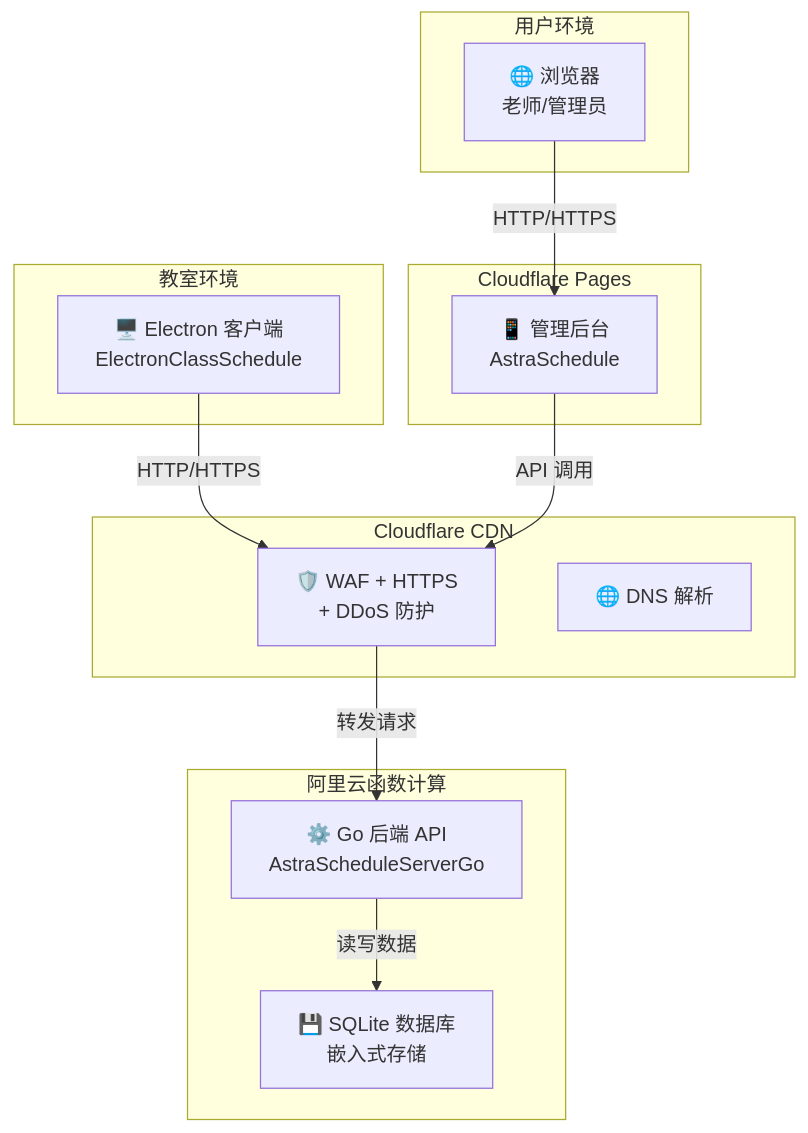
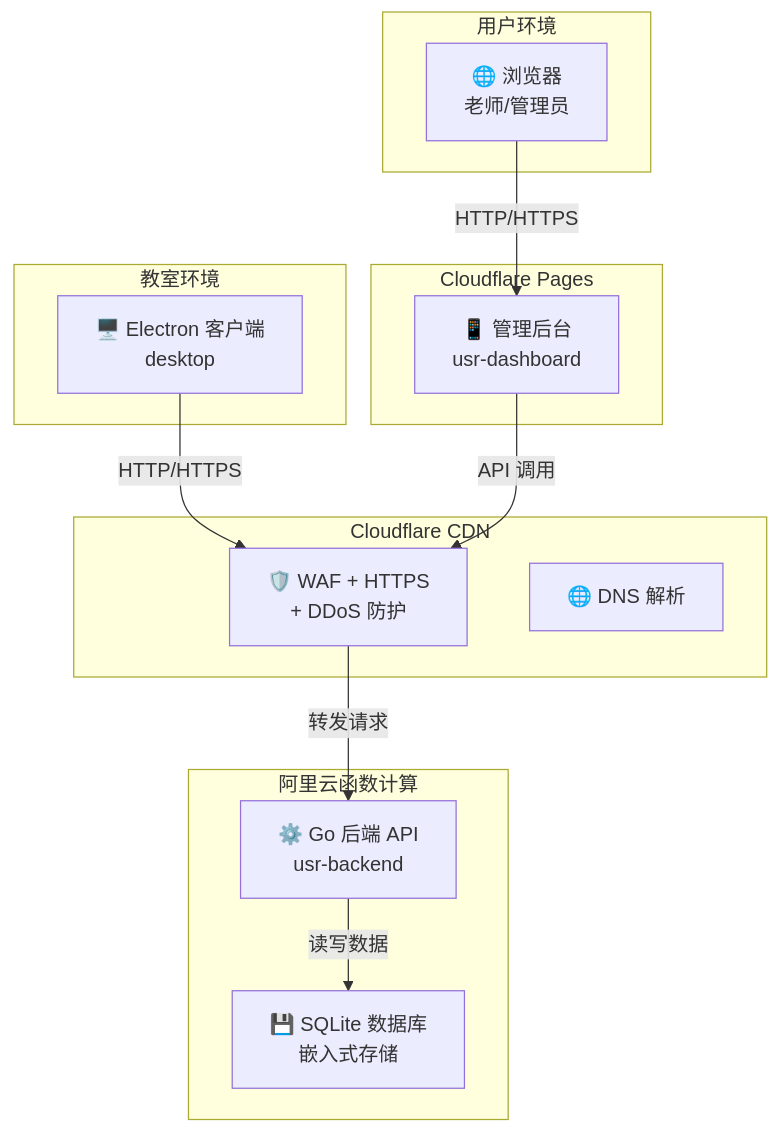
The first of 5 diagrams in docs/guide/lowcost/architecture.md (AstraSchedule/docs-site), drawn with Mermaid before and after one commit. The commit also changed 24 other files, not shown here.

````diff
--- a/docs/guide/lowcost/architecture.md
+++ b/docs/guide/lowcost/architecture.md
@@ -8,30 +8,30 @@
 ```mermaid
 graph TB
     subgraph "教室环境"
-        Client["🖥️ Electron 客户端<br/>ElectronClassSchedule"]
+        Client["🖥️ Electron 客户端<br/>desktop"]
     end
     
     subgraph "用户环境"
         Browser["🌐 浏览器<br/>老师/管理员"]
     end
     
     subgraph "Cloudflare CDN"
         WAF["🛡️ WAF + HTTPS<br/>+ DDoS 防护"]
         DNS["🌐 DNS 解析"]
     end
     
     subgraph "阿里云函数计算"
-        Backend["⚙️ Go 后端 API<br/>AstraScheduleServerGo"]
+        Backend["⚙️ Go 后端 API<br/>usr-backend"]
         SQLite["💾 SQLite 数据库<br/>嵌入式存储"]
     end
     
     subgraph "Cloudflare Pages"
-        Admin["📱 管理后台<br/>AstraSchedule"]
+        Admin["📱 管理后台<br/>usr-dashboard"]
     end
     
     Client -->|"HTTP/HTTPS"| WAF
     Browser -->|"HTTP/HTTPS"| Admin
     WAF -->|"转发请求"| Backend
     Backend -->|"读写数据"| SQLite
     Admin -->|"API 调用"| WAF
 ```
````
